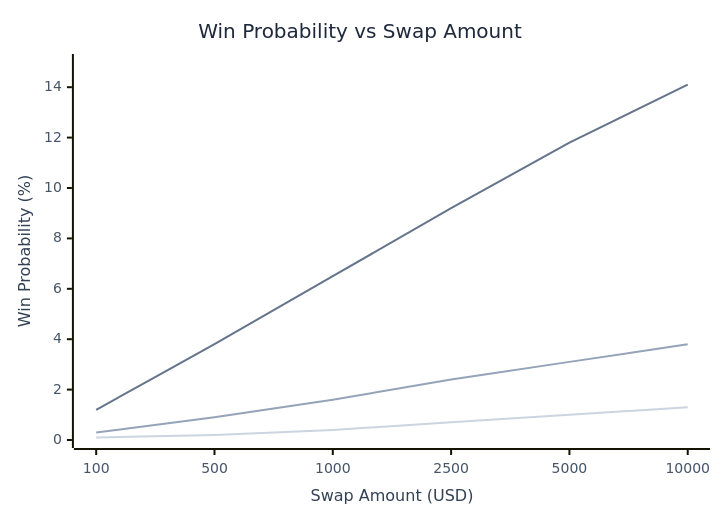
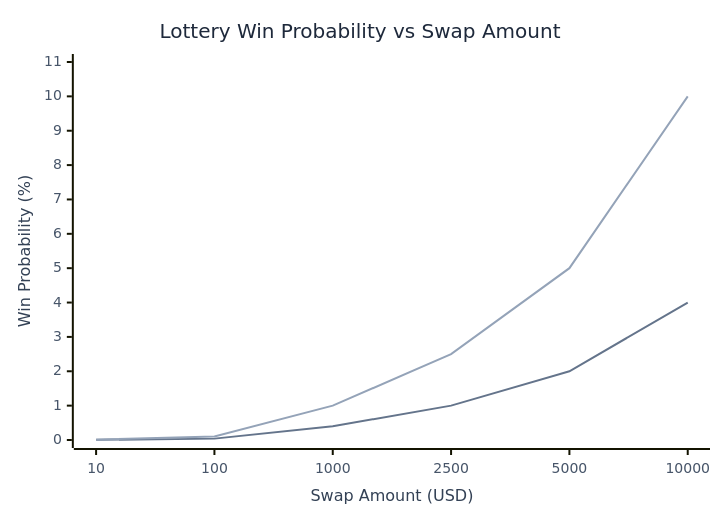
The third of 5 diagrams in docs/intro.md (wenakita/sonicreddragon-docs), drawn with Mermaid before and after one commit.

Commit message:
Fix lottery probability chart to show accurate single lottery system - Update chart to show base probability scaling from  (0.004%) to ,000 (4%) - Add 2.5x boost line showing maximum 10% win probability - Remove confusing multiple lottery types (Weekly/Monthly/Instant) - Accurately represent the actual implemented lottery mechanics

````diff
--- a/docs/intro.md
+++ b/docs/intro.md
@@ -127,28 +127,27 @@
 ```mermaid
 %%{init: {
   'theme': 'base',
   'themeVariables': {
     'primaryColor': '#f8fafc',
     'primaryTextColor': '#334155',
     'primaryBorderColor': '#64748b',
     'lineColor': '#64748b',
     'xyChart': {
       'backgroundColor': '#ffffff',
       'titleColor': '#1e293b',
       'xAxisLabelColor': '#475569',
       'yAxisLabelColor': '#475569',
       'xAxisTitleColor': '#334155',
       'yAxisTitleColor': '#334155',
       'plotColorPalette': '#64748b,#94a3b8,#cbd5e1'
     }
   }
 }}%%
 
 xychart-beta
-    title "Win Probability vs Swap Amount"
-    x-axis "Swap Amount (USD)" [100, 500, 1000, 2500, 5000, 10000]
-    y-axis "Win Probability (%)" 0 --> 15
-    line "Weekly Draw" [1.2, 3.8, 6.5, 9.2, 11.8, 14.1]
-    line "Monthly Jackpot" [0.3, 0.9, 1.6, 2.4, 3.1, 3.8]
-    line "Instant Win" [0.1, 0.2, 0.4, 0.7, 1.0, 1.3]
+    title "Lottery Win Probability vs Swap Amount"
+    x-axis "Swap Amount (USD)" [10, 100, 1000, 2500, 5000, 10000]
+    y-axis "Win Probability (%)" 0 --> 11
+    line "Base Probability" [0.004, 0.04, 0.4, 1.0, 2.0, 4.0]
+    line "With 2.5x Boost" [0.01, 0.1, 1.0, 2.5, 5.0, 10.0]
 ```
````
